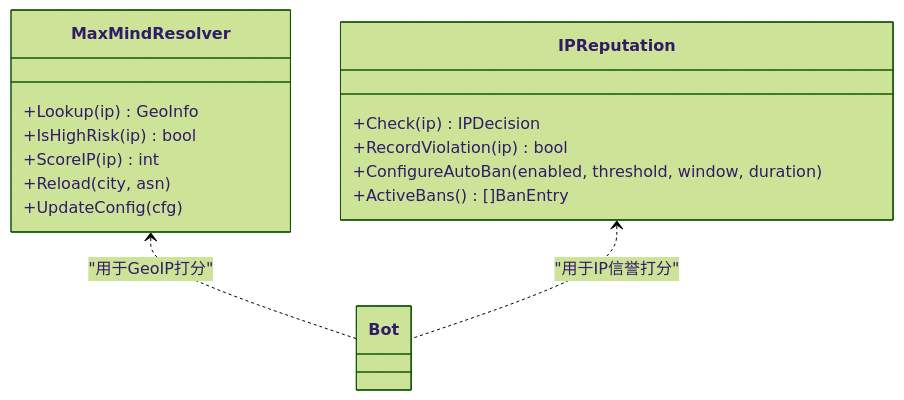
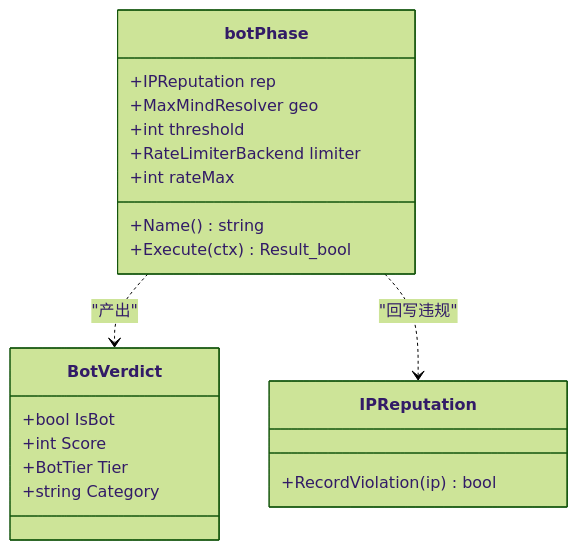
The third of 3 diagrams in docs/WAF 引擎系统/处理阶段详解/机器人检测阶段.md (x01n/My-OpenWaf), drawn with Mermaid (forest theme) before and after one commit. The commit also changed other lines of this file and 622 other files, not shown here.

````diff
--- a/docs/WAF 引擎系统/处理阶段详解/机器人检测阶段.md
+++ b/docs/WAF 引擎系统/处理阶段详解/机器人检测阶段.md
@@ -187,18 +213,23 @@
 ```mermaid
 classDiagram
-class MaxMindResolver {
-+Lookup(ip) GeoInfo
-+IsHighRisk(ip) bool
-+ScoreIP(ip) int
-+Reload(city, asn)
-+UpdateConfig(cfg)
+class botPhase {
++IPReputation rep
++MaxMindResolver geo
++int threshold
++RateLimiterBackend limiter
++int rateMax
++Name() string
++Execute(ctx) Result_bool
+}
+class BotVerdict {
++bool IsBot
++int Score
++BotTier Tier
++string Category
 }
 class IPReputation {
-+Check(ip) IPDecision
 +RecordViolation(ip) bool
-+ConfigureAutoBan(enabled, threshold, window, duration)
-+ActiveBans() []BanEntry
 }
-MaxMindResolver <.. Bot : "用于GeoIP打分"
-IPReputation <.. Bot : "用于IP信誉打分"
+botPhase ..> BotVerdict : "产出"
+botPhase ..> IPReputation : "回写违规"
 ```
````
